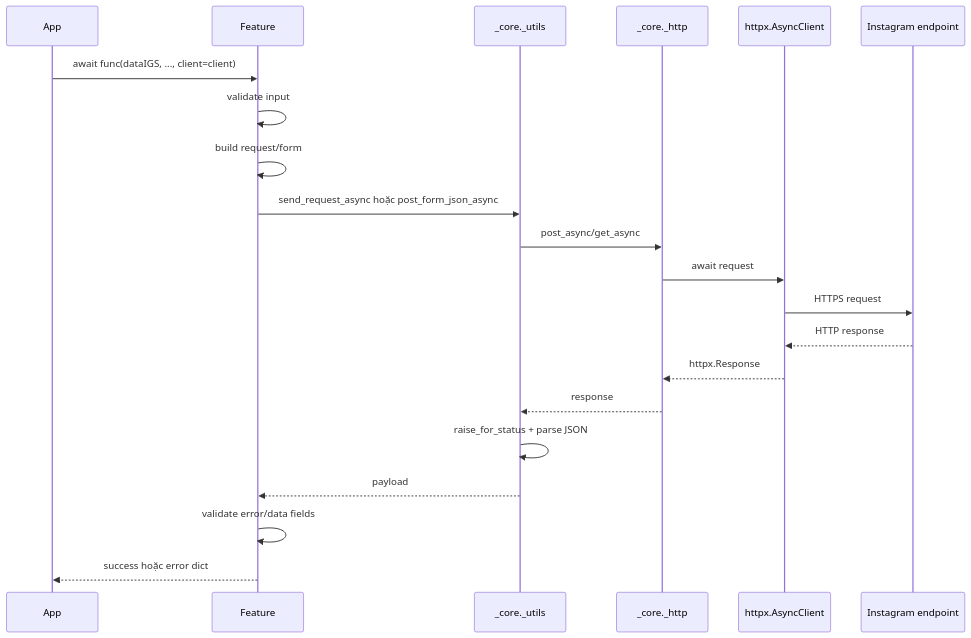
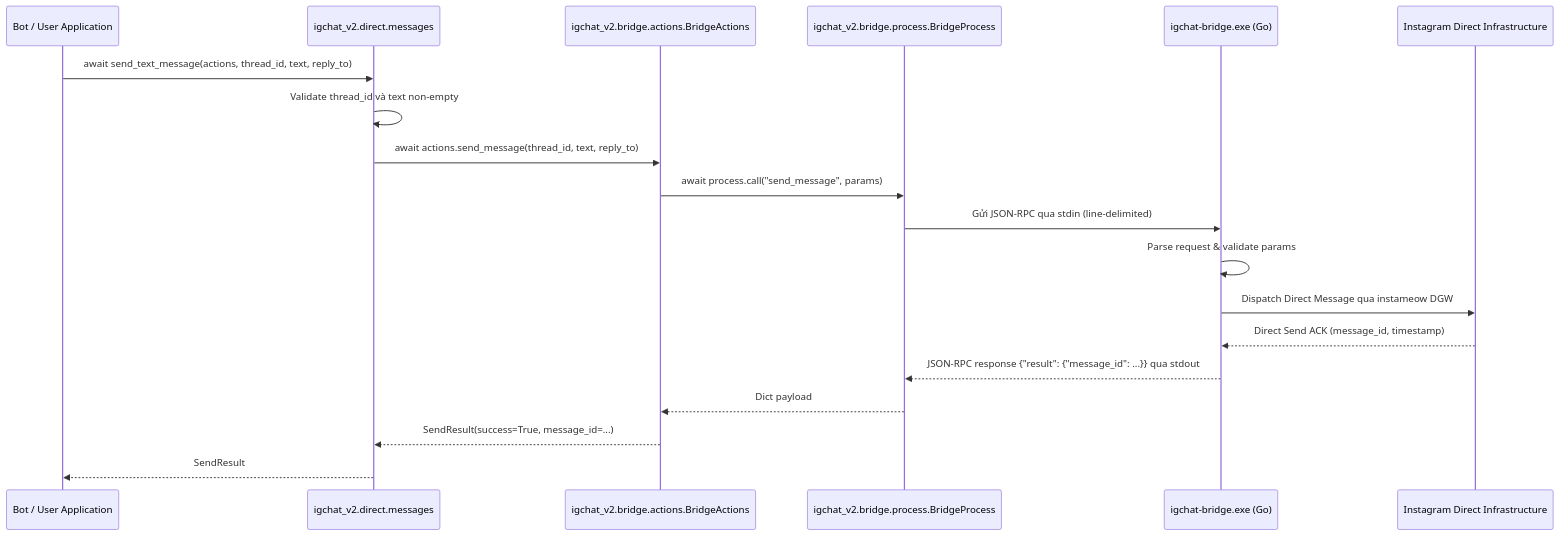
The third of 8 diagrams in FLOWCHART.md (0xshijn/igchat-v2), drawn with Mermaid before and after one commit. The commit also changed other lines of this file and 246 other files, not shown here.

First line of the commit message:
feat: rebuild genuine Instagram Direct & Polaris GraphQL v3.0.0 architecture

````diff
--- a/FLOWCHART.md
+++ b/FLOWCHART.md
@@ -53,24 +66,22 @@
 ```mermaid
 sequenceDiagram
-    participant App
-    participant Feature
-    participant Utils as _core._utils
-    participant Transport as _core._http
-    participant Client as httpx.AsyncClient
-    participant IG as Instagram endpoint
+    participant App as Bot / User Application
+    participant Direct as igchat_v2.direct.messages
+    participant Actions as igchat_v2.bridge.actions.BridgeActions
+    participant Process as igchat_v2.bridge.process.BridgeProcess
+    participant Bridge as igchat-bridge.exe (Go)
+    participant IG as Instagram Direct Infrastructure
 
-    App->>Feature: await func(dataIGS, ..., client=client)
-    Feature->>Feature: validate input
-    Feature->>Feature: build request/form
-    Feature->>Utils: send_request_async hoặc post_form_json_async
-    Utils->>Transport: post_async/get_async
-    Transport->>Client: await request
-    Client->>IG: HTTPS request
-    IG-->>Client: HTTP response
-    Client-->>Transport: httpx.Response
-    Transport-->>Utils: response
-    Utils->>Utils: raise_for_status + parse JSON
-    Utils-->>Feature: payload
-    Feature->>Feature: validate error/data fields
-    Feature-->>App: success hoặc error dict
+    App->>Direct: await send_text_message(actions, thread_id, text, reply_to)
+    Direct->>Direct: Validate thread_id và text non-empty
+    Direct->>Actions: await actions.send_message(thread_id, text, reply_to)
+    Actions->>Process: await process.call("send_message", params)
+    Process->>Bridge: Gửi JSON-RPC qua stdin (line-delimited)
+    Bridge->>Bridge: Parse request & validate params
+    Bridge->>IG: Dispatch Direct Message qua instameow DGW
+    IG-->>Bridge: Direct Send ACK (message_id, timestamp)
+    Bridge-->>Process: JSON-RPC response {"result": {"message_id": ...}} qua stdout
+    Process-->>Actions: Dict payload
+    Actions-->>Direct: SendResult(success=True, message_id=...)
+    Direct-->>App: SendResult
 ```
````
